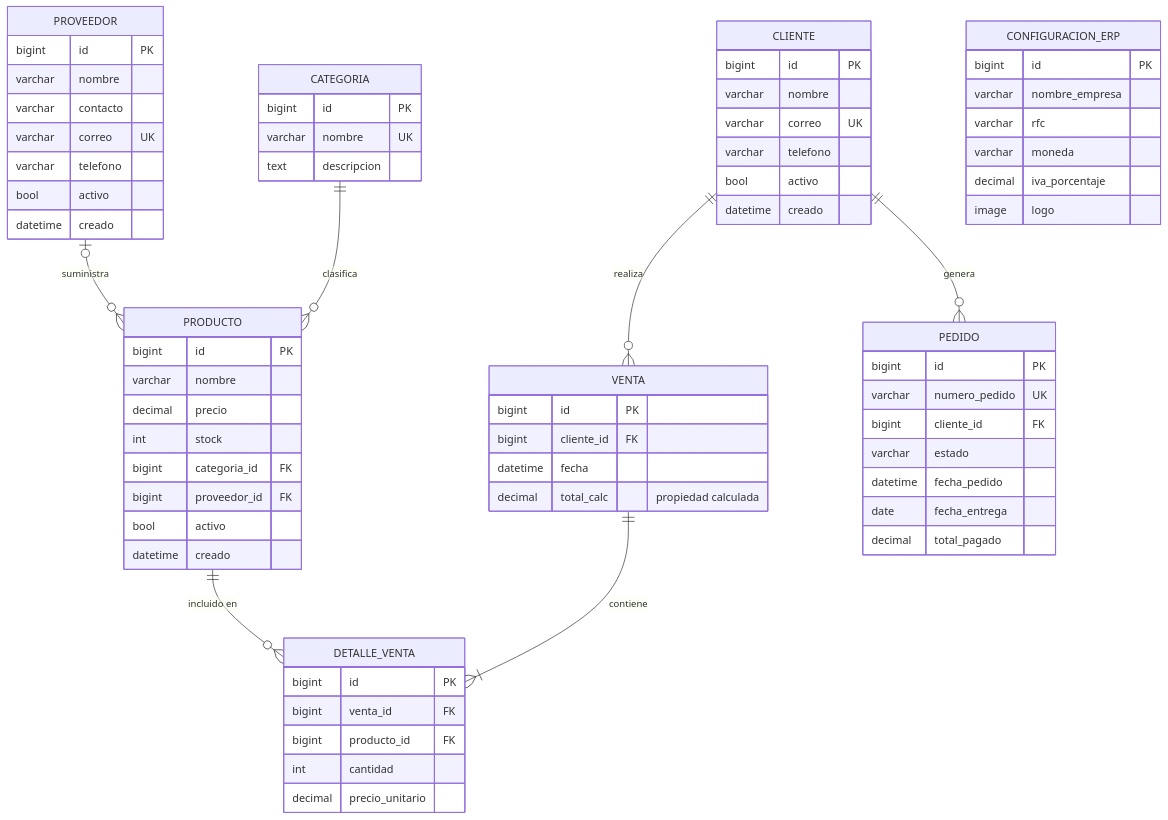
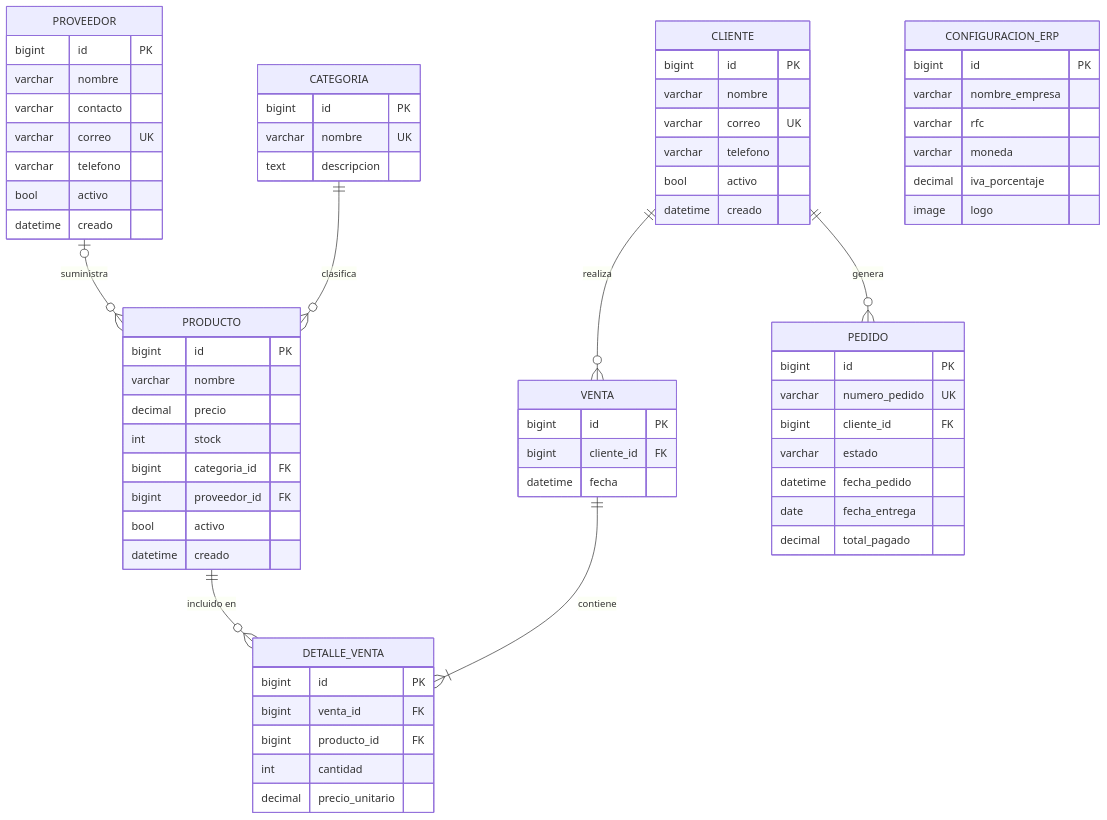
Before and after one commit to Kimberlymartinez09/erp-django-utec: the diagram in docs/diagramas/diagrama_er.md, drawn with Mermaid. The commit also changed other lines of this file, not shown here.

Commit message:
Sprint 1 W04: diagrama ER + decisiones diseno + tests OK

````diff
--- a/docs/diagramas/diagrama_er.md
+++ b/docs/diagramas/diagrama_er.md
@@ -6,79 +6,78 @@
 ```mermaid
 erDiagram
     CATEGORIA {
         bigint id PK
         varchar nombre UK
         text descripcion
     }
 
     PROVEEDOR {
         bigint id PK
         varchar nombre
         varchar contacto
         varchar correo UK
         varchar telefono
         bool activo
         datetime creado
     }
 
     CLIENTE {
         bigint id PK
         varchar nombre
         varchar correo UK
         varchar telefono
         bool activo
         datetime creado
     }
 
     PRODUCTO {
         bigint id PK
         varchar nombre
         decimal precio
         int stock
         bigint categoria_id FK
         bigint proveedor_id FK
         bool activo
         datetime creado
     }
 
     VENTA {
         bigint id PK
         bigint cliente_id FK
         datetime fecha
-        decimal total_calc "propiedad calculada"
     }
 
     DETALLE_VENTA {
         bigint id PK
         bigint venta_id FK
         bigint producto_id FK
         int cantidad
         decimal precio_unitario
     }
 
     PEDIDO {
         bigint id PK
         varchar numero_pedido UK
         bigint cliente_id FK
         varchar estado
         datetime fecha_pedido
         date fecha_entrega
         decimal total_pagado
     }
 
     CONFIGURACION_ERP {
         bigint id PK
         varchar nombre_empresa
         varchar rfc
         varchar moneda
         decimal iva_porcentaje
         image logo
     }
 
     CATEGORIA   ||--o{ PRODUCTO      : "clasifica"
     PROVEEDOR   |o--o{ PRODUCTO      : "suministra"
     CLIENTE     ||--o{ VENTA         : "realiza"
     CLIENTE     ||--o{ PEDIDO        : "genera"
     VENTA       ||--|{ DETALLE_VENTA : "contiene"
     PRODUCTO    ||--o{ DETALLE_VENTA : "incluido en"
 ```
````
